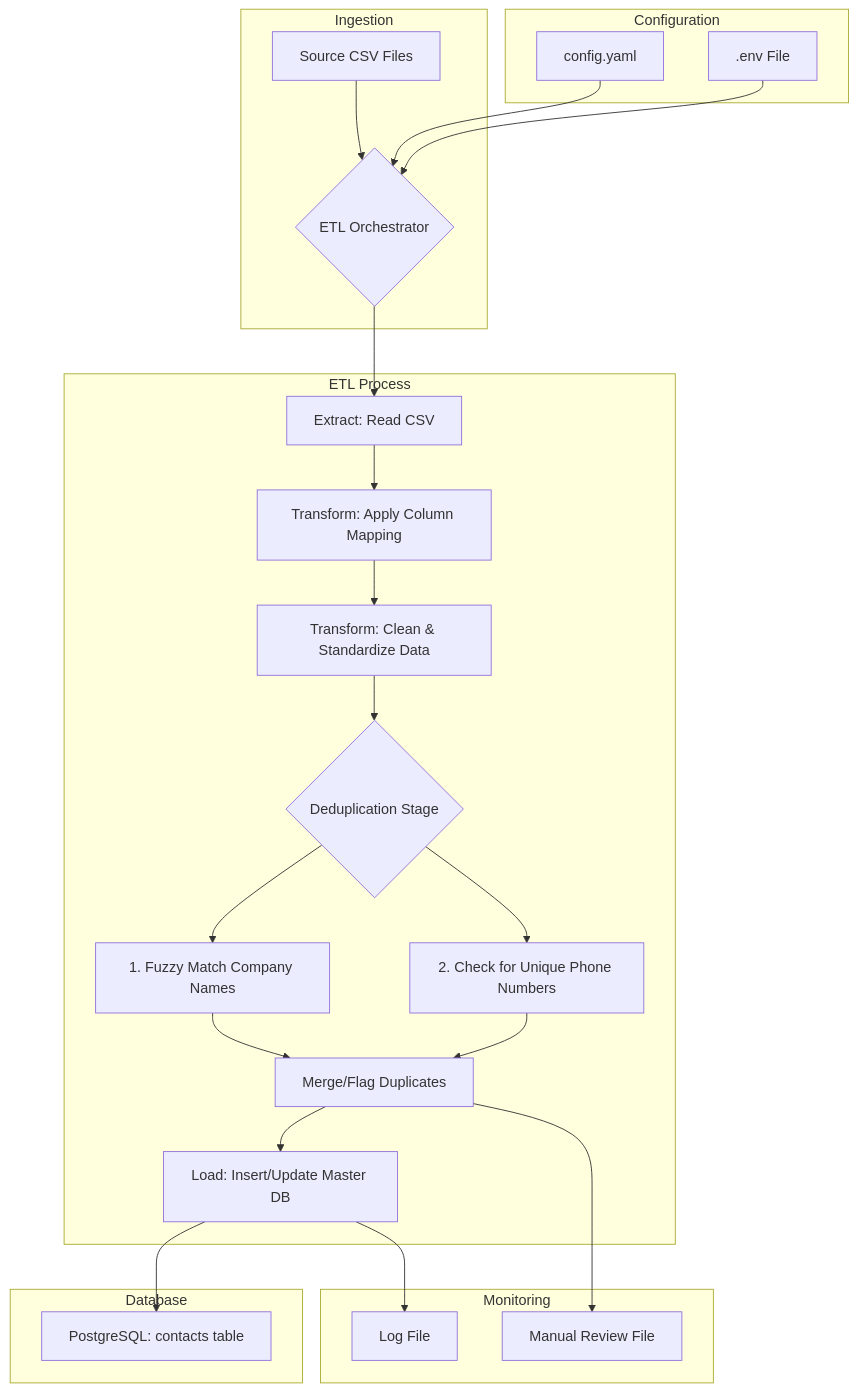
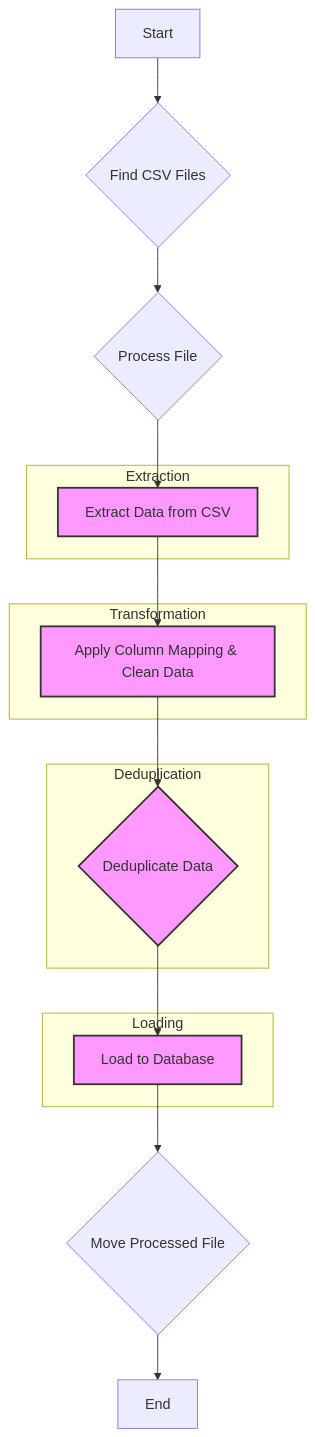
One commit to EmiliosRichards/master_contact changed the diagram in ETL_ARCHITECTURE.md. Above: the diagram before and after it, drawn with Mermaid. The commit also changed other lines of this file and 32 other files, not shown here.

````diff
--- a/ETL_ARCHITECTURE.md
+++ b/ETL_ARCHITECTURE.md
@@ -17,32 +13,32 @@
 ```mermaid
 graph TD
-    subgraph Ingestion
-        A[Source CSV Files] --> B{ETL Orchestrator};
+    A[Start] --> B{Find CSV Files};
+    B --> C{Process File};
+    C --> D[Extract Data from CSV];
+    D --> E[Transform Data];
+    E --> F{Deduplicate Data};
+    F --> G[Load to Database];
+    G --> H{Move Processed File};
+    H --> I[End];
+
+    subgraph "Extraction"
+        D
     end
 
-    subgraph Configuration
-        C[config.yaml] --> B;
-        D[.env File] --> B;
+    subgraph "Transformation"
+        E[Apply Column Mapping & Clean Data]
     end
 
-    subgraph ETL Process
-        B --> E[Extract: Read CSV];
-        E --> F[Transform: Apply Column Mapping];
-        F --> G[Transform: Clean & Standardize Data];
-        G --> H{Deduplication Stage};
-        H --> I[1. Fuzzy Match Company Names];
-        H --> J[2. Check for Unique Phone Numbers];
-        I --> K[Merge/Flag Duplicates];
-        J --> K;
-        K --> L[Load: Insert/Update Master DB];
+    subgraph "Deduplication"
+        F
     end
 
-    subgraph Database
-        L --> M[PostgreSQL: contacts table];
+    subgraph "Loading"
+        G
     end
 
-    subgraph Monitoring
-        L --> N[Log File];
-        K --> O[Manual Review File];
-    end
+    style D fill:#f9f,stroke:#333,stroke-width:2px
+    style E fill:#f9f,stroke:#333,stroke-width:2px
+    style F fill:#f9f,stroke:#333,stroke-width:2px
+    style G fill:#f9f,stroke:#333,stroke-width:2px
 ```
````
